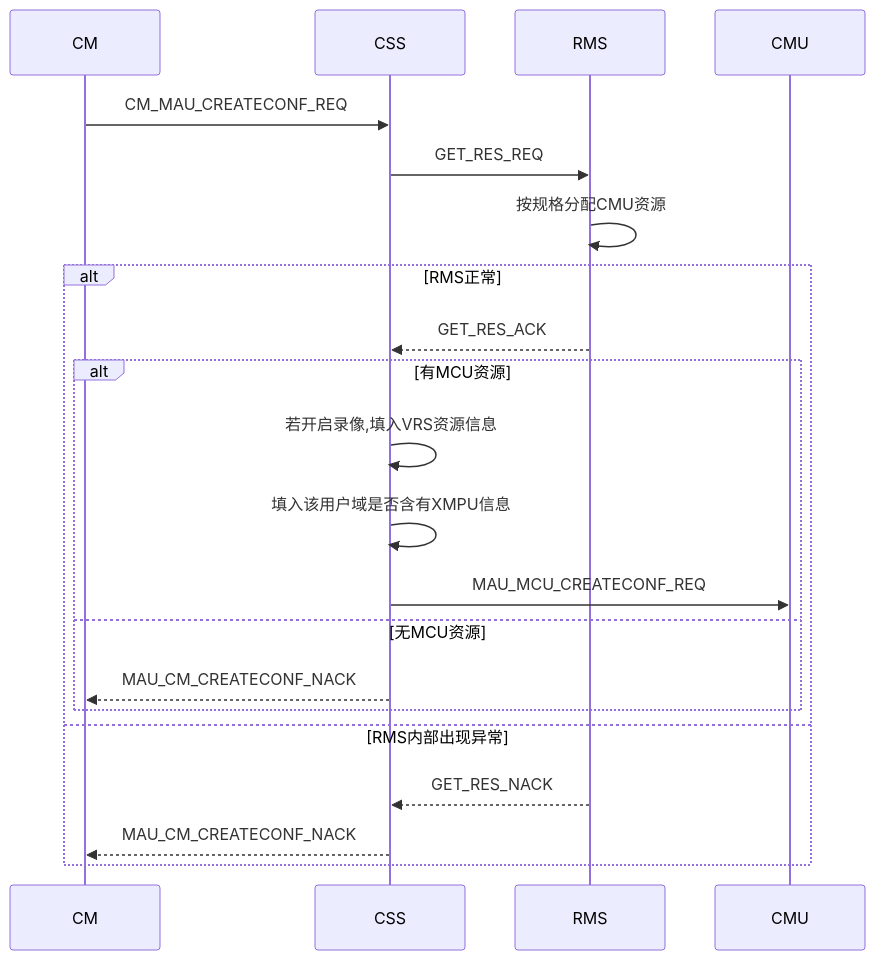
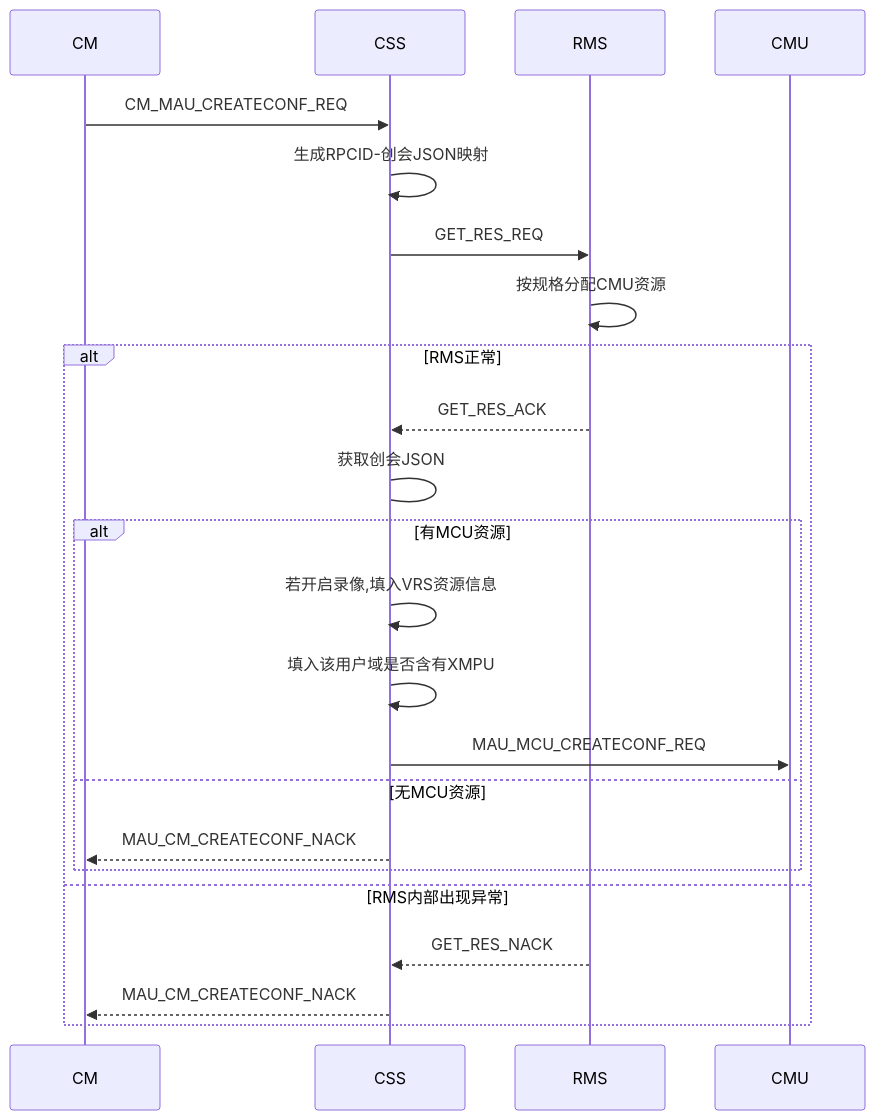
Before and after one commit to github188/w_doc: the first of 6 diagrams in x需求_/5.1sp4css/5.1sp4css概要设计.md, drawn with Mermaid. The commit also changed other lines of this file and 2 other files, not shown here.

````diff
--- a/x需求_/5.1sp4css/5.1sp4css概要设计.md
+++ b/x需求_/5.1sp4css/5.1sp4css概要设计.md
@@ -13,19 +13,21 @@
 ```mermaid
 sequenceDiagram
 CM->>CSS: CM_MAU_CREATECONF_REQ
+CSS->>CSS: 生成RPCID-创会JSON映射
 CSS->>RMS: GET_RES_REQ
 RMS->>RMS: 按规格分配CMU资源
 alt RMS正常
 	RMS-->>CSS: GET_RES_ACK
+	CSS->CSS: 获取创会JSON
 	alt 有MCU资源
 	CSS->>CSS: 若开启录像,填入VRS资源信息
-	CSS->>CSS: 填入该用户域是否含有XMPU信息
+	CSS->>CSS: 填入该用户域是否含有XMPU
 	CSS->>CMU: MAU_MCU_CREATECONF_REQ
 	else 无MCU资源
 	CSS-->>CM: MAU_CM_CREATECONF_NACK
 	end
 else RMS内部出现异常
 	RMS-->>CSS: GET_RES_NACK
 	CSS-->>CM: MAU_CM_CREATECONF_NACK
 end
 ```
````
